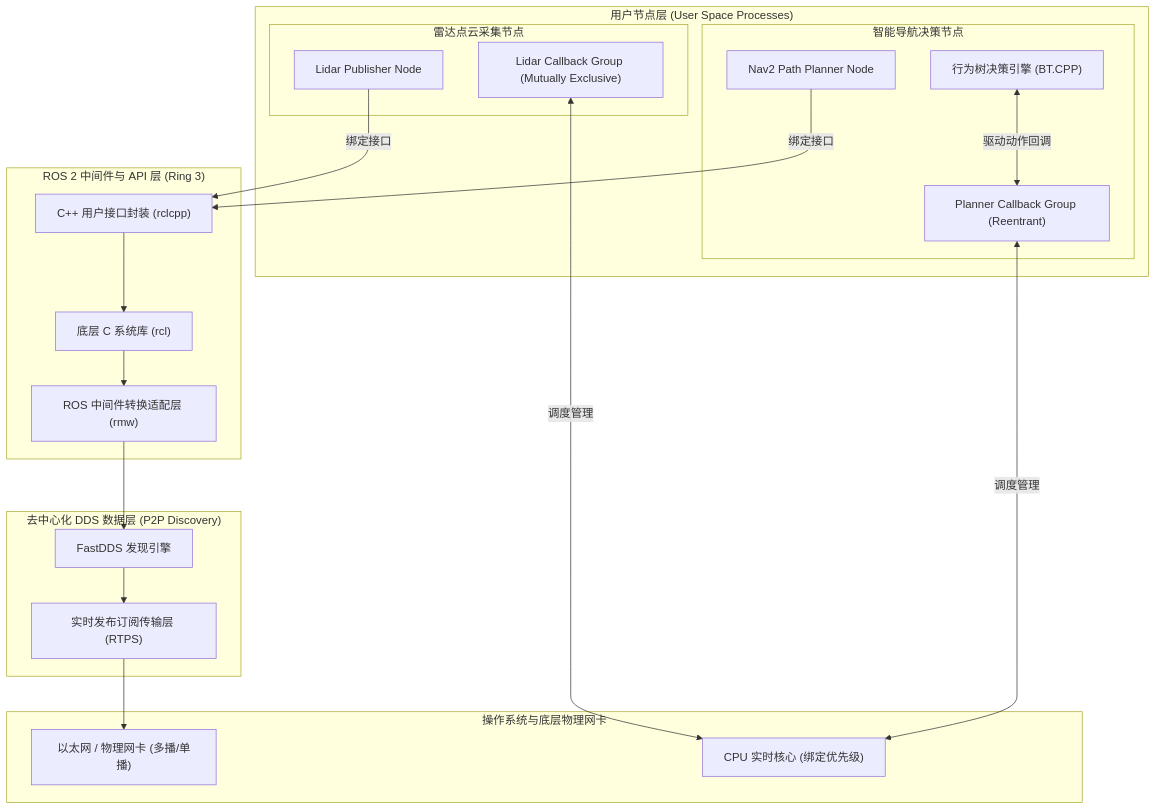
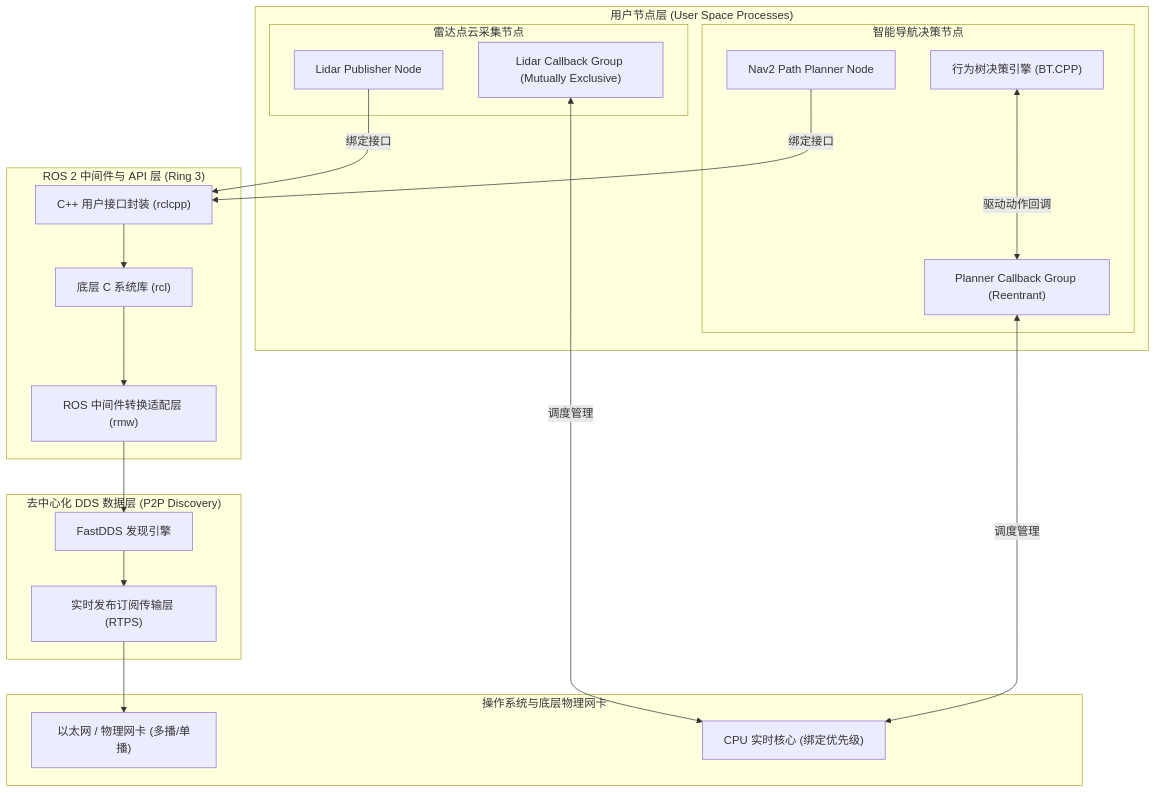
The fourth of 9 diagrams in docs/atlas/ros2.mdx (koosai/AI-Architect-Learning), drawn with Mermaid before and after one commit. The commit also changed 68 other files, not shown here.

Commit message:
fix(atlas): fix browser client-side Mermaid rendering for mindmaps and flowcharts across 67 case studies

````diff
--- a/docs/atlas/ros2.mdx
+++ b/docs/atlas/ros2.mdx
@@ -113,44 +113,44 @@
 ```mermaid
 graph TB
   subgraph ROS2_UserNode["用户节点层 (User Space Processes)"]
     subgraph LidarProcess["雷达点云采集节点"]
       LidarNode["Lidar Publisher Node"]
       LidarCBG["Lidar Callback Group (Mutually Exclusive)"]
     end
     
     subgraph NavigationProcess["智能导航决策节点"]
       Nav2Node["Nav2 Path Planner Node"]
       BehaviorTreeEngine["行为树决策引擎 (BT.CPP)"]
       PlannerCBG["Planner Callback Group (Reentrant)"]
     end
   end
 
   subgraph ROS2_Middleware["ROS 2 中间件与 API 层 (Ring 3)"]
     Rclcpp["C++ 用户接口封装 (rclcpp)"]
     Rcl["底层 C 系统库 (rcl)"]
     Rmw["ROS 中间件转换适配层 (rmw)"]
   end
 
   subgraph DDS_Bus["去中心化 DDS 数据层 (P2P Discovery)"]
     FastDDS["FastDDS 发现引擎"]
     Rtps["实时发布订阅传输层 (RTPS)"]
   end
 
   subgraph OSHardware["操作系统与底层物理网卡"]
     NetworkCard["以太网 / 物理网卡 (多播/单播)"]
     CPUTasks["CPU 实时核心 (绑定优先级)"]
   end
 
   LidarNode -->|绑定接口| Rclcpp
   Nav2Node -->|绑定接口| Rclcpp
   Rclcpp --> Rcl
   Rcl --> Rmw
   Rmw --> FastDDS
   
   FastDDS --> Rtps
   Rtps --> NetworkCard
   
-  LidarCBG <-->|调度管理| CPUTasks
-  PlannerCBG <-->|调度管理| CPUTasks
-  BehaviorTreeEngine <-->|驱动动作回调| PlannerCBG
+  LidarCBG <--->|调度管理| CPUTasks
+  PlannerCBG <--->|调度管理| CPUTasks
+  BehaviorTreeEngine <--->|驱动动作回调| PlannerCBG
 ```
````
